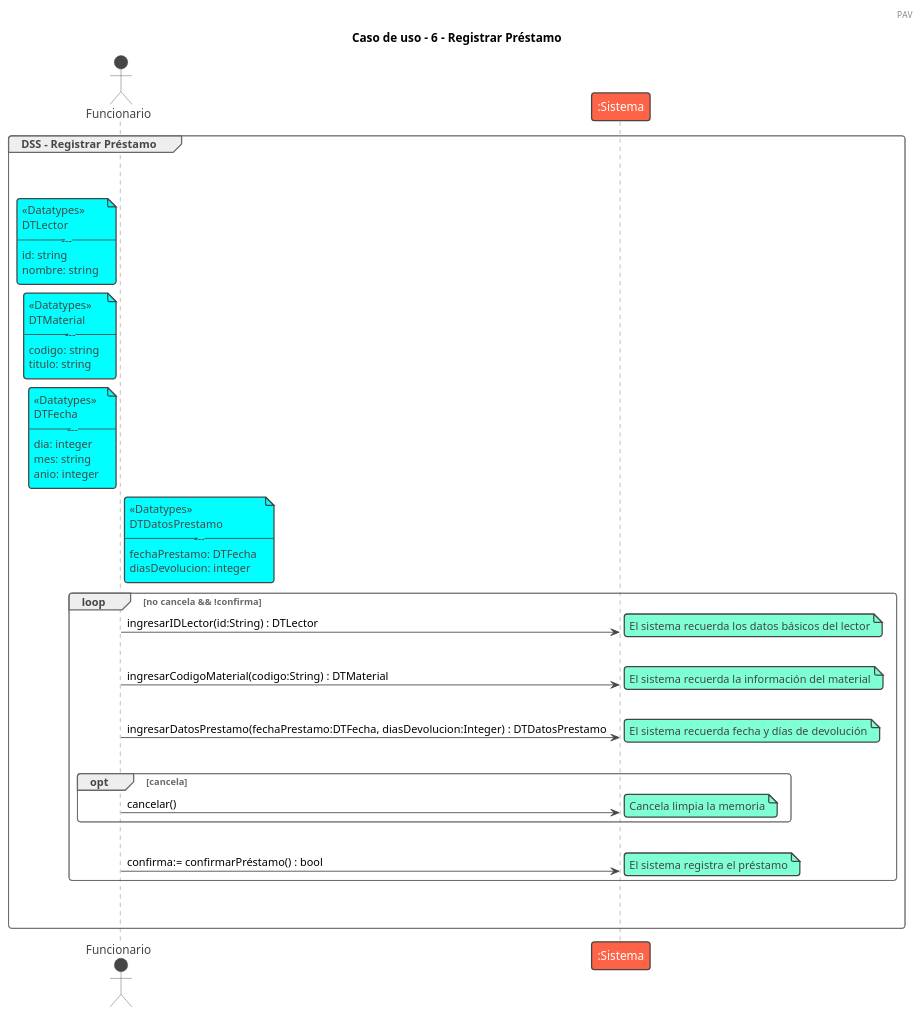
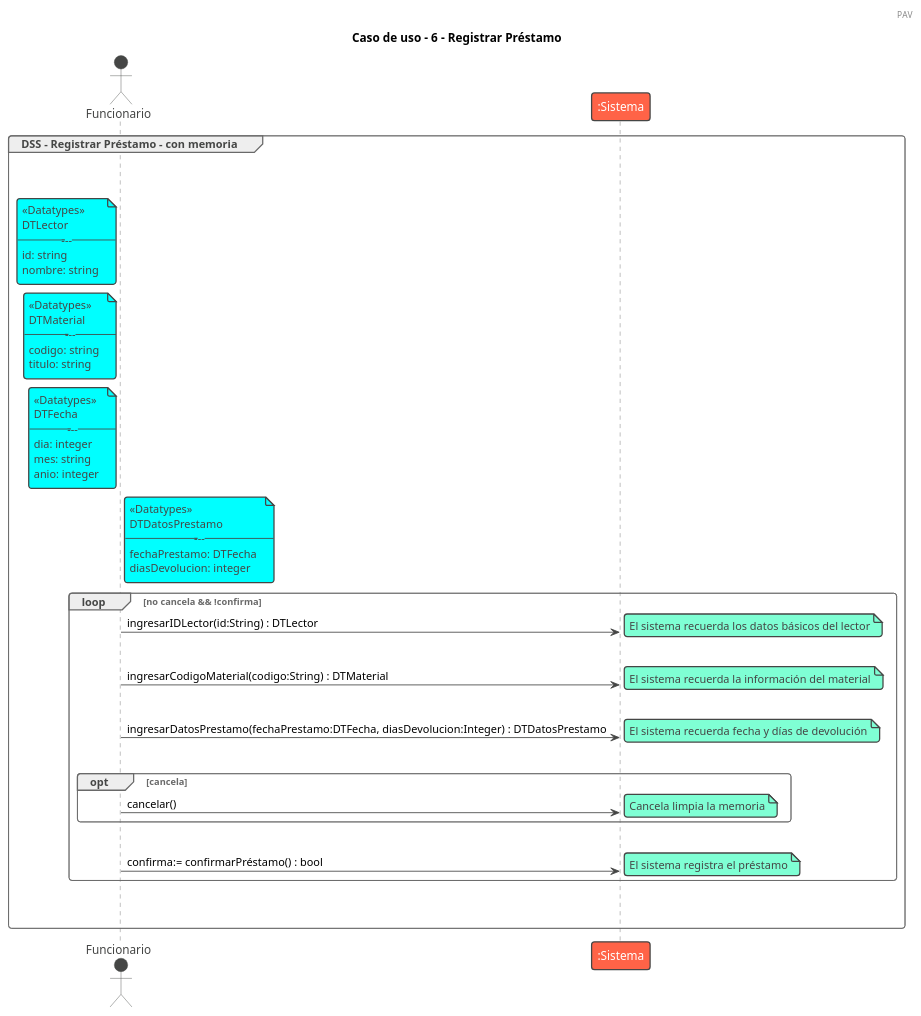
The diagram in Archivos/6-registrarPrestamo.plantuml (sigmaxevious/PlantUML-Laboratorio3), drawn with PlantUML before and after one commit. The commit also changed 9 other files, not shown here.

Commit message:
Update PlantUML diagrams: add memory context to groups in iniciarSesion, consultarPuntajeMaterial, eliminarLector, eliminarMaterial, cerrarSesion, registrarLector, registrarFuncionario, registrarPrestamo, and puntuarMaterial.

```diff
--- a/Archivos/6-registrarPrestamo.plantuml
+++ b/Archivos/6-registrarPrestamo.plantuml
@@ -1,85 +1,85 @@
 @startuml registrarPrestamo
 !theme vibrant
 header PAV
 /' El caso de uso comienza cuando un funcionario, que previamente ha iniciado
 sesión, desea registrar un préstamo. Para ello, el sistema solicita el identificador
 del lector y muestra sus datos básicos. A continuación, solicita el código del
 material y muestra la información correspondiente a dicho material. Luego, el
 sistema solicita la fecha en la que se realiza el préstamo y la cantidad de días
 permitidos para la devolución. Una vez ingresados estos datos, el sistema los
 presenta para confirmación y, si el
 funcionario confirma, registra el préstamo. '/
 title Caso de uso - 6 - Registrar Préstamo
 
-group DSS - Registrar Préstamo
+group DSS - Registrar Préstamo - con memoria
 |||
 actor Funcionario
 |||
 
 note left of Funcionario #aqua
 <<Datatypes>>
 DTLector
 -----------
 id: string
 nombre: string
 end note
 
 note left of Funcionario #aqua
 <<Datatypes>>
 DTMaterial
 -----------
 codigo: string
 titulo: string
 end note
 
 note left of Funcionario #aqua
 <<Datatypes>>
 DTFecha
 -----------
 dia: integer
 mes: string
 anio: integer
 end note
 note right of Funcionario #aqua
 <<Datatypes>>
 DTDatosPrestamo
 -----------
 fechaPrestamo: DTFecha
 diasDevolucion: integer
 end note
 
 loop no cancela && !confirma
 
     Funcionario -> ":Sistema" : ingresarIDLector(id:String) : DTLector
     note right: El sistema recuerda los datos básicos del lector
 
     |||
 
     Funcionario -> ":Sistema" : ingresarCodigoMaterial(codigo:String) : DTMaterial
     note right: El sistema recuerda la información del material
 
     |||
 
     Funcionario -> ":Sistema" : ingresarDatosPrestamo(fechaPrestamo:DTFecha, diasDevolucion:Integer) : DTDatosPrestamo
     note right: El sistema recuerda fecha y días de devolución
 
     |||
 
     opt cancela
         Funcionario -> ":Sistema" : cancelar()
         note right: Cancela limpia la memoria
     end
 |||
 Funcionario -> ":Sistema" : confirma:= confirmarPréstamo() : bool
 note right: El sistema registra el préstamo
 end
 
 
 
 
 
 |||
 |||
 
 end
 @enduml
```
